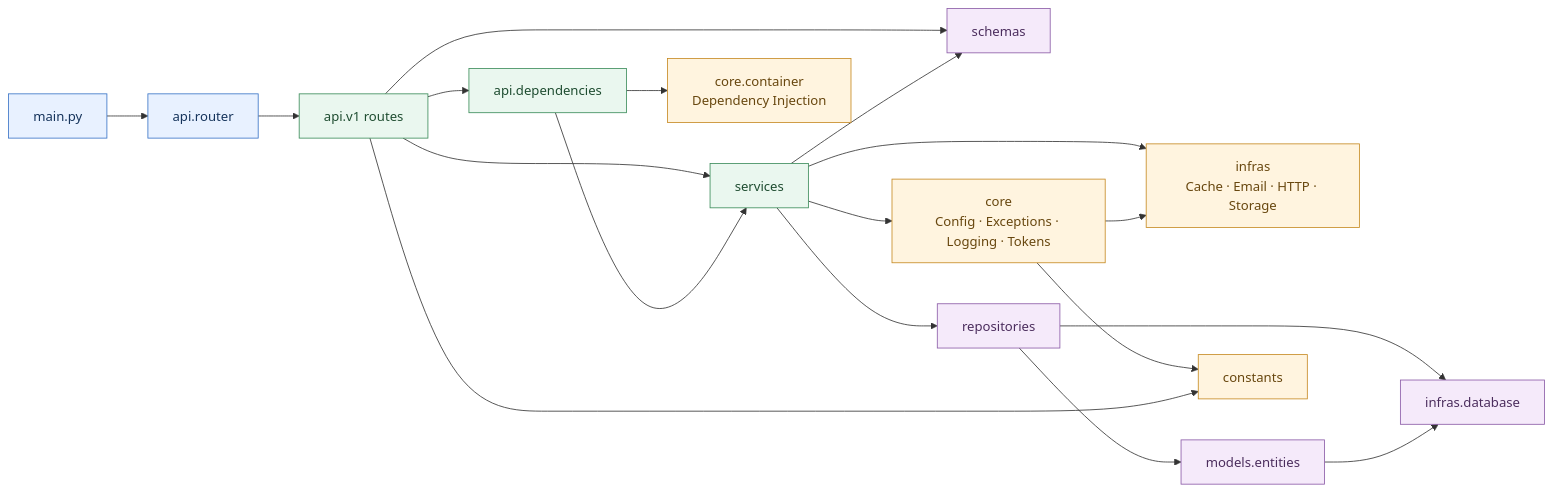
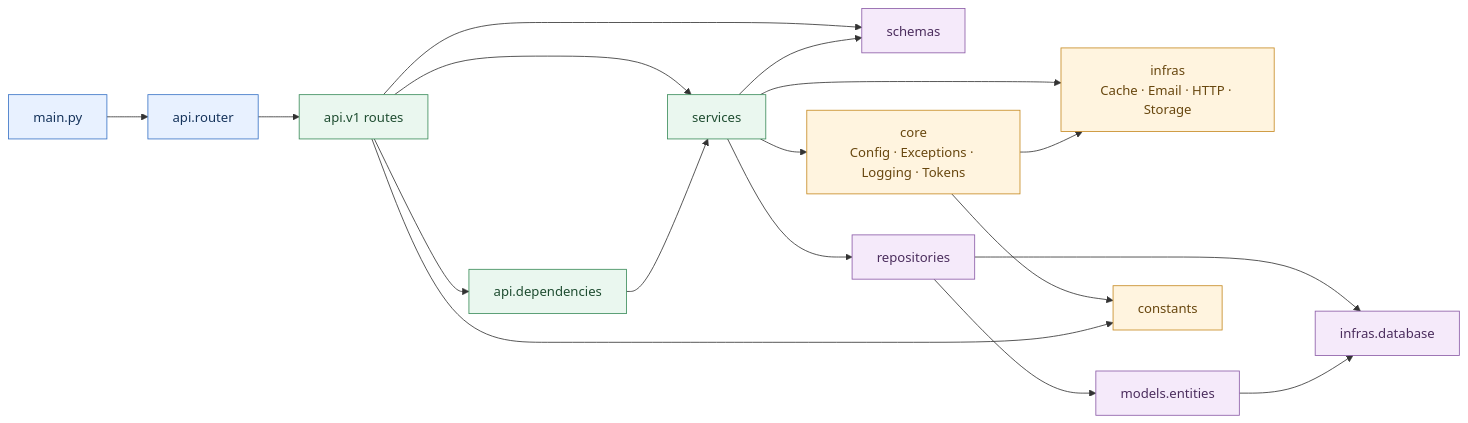
The third of 3 diagrams in README.en.md (cross-lang/x-HanJiang), drawn with Mermaid before and after one commit. The commit also changed other lines of this file and 8 other files, not shown here.

Commit message:
feat: remove container and dependency injection

````diff
--- a/README.en.md
+++ b/README.en.md
@@ -299,32 +298,31 @@
 ```mermaid
 flowchart LR
   Main[main.py] --> Router[api.router]
   Router --> API[api.v1 routes]
   API --> Dependencies[api.dependencies]
   API --> Schemas[schemas]
   API --> Services[services]
 
-  Dependencies --> Container[core.container<br/>Dependency Injection]
   Dependencies --> Services
   Services --> Repositories[repositories]
   Services --> Schemas
   Services --> Core[core<br/>Config · Exceptions · Logging · Tokens]
   Services --> Infra[infras<br/>Cache · Email · HTTP · Storage]
 
   Repositories --> Entities[models.entities]
   Repositories --> Database[infras.database]
   Entities --> Database
   Core --> Infra
   Core --> Constants[constants]
   API --> Constants
 
   classDef entry fill:#e8f1ff,stroke:#3973c6,color:#16345c;
   classDef app fill:#eaf7ef,stroke:#3b8c5a,color:#1f4d31;
   classDef support fill:#fff4df,stroke:#c68a22,color:#68470f;
   classDef data fill:#f5eafa,stroke:#8b5ba7,color:#4b2d5d;
 
   class Main,Router entry;
   class API,Dependencies,Services app;
-  class Core,Infra,Container,Constants support;
+  class Core,Infra,Constants support;
   class Repositories,Entities,Database,Schemas data;
 ```
````
